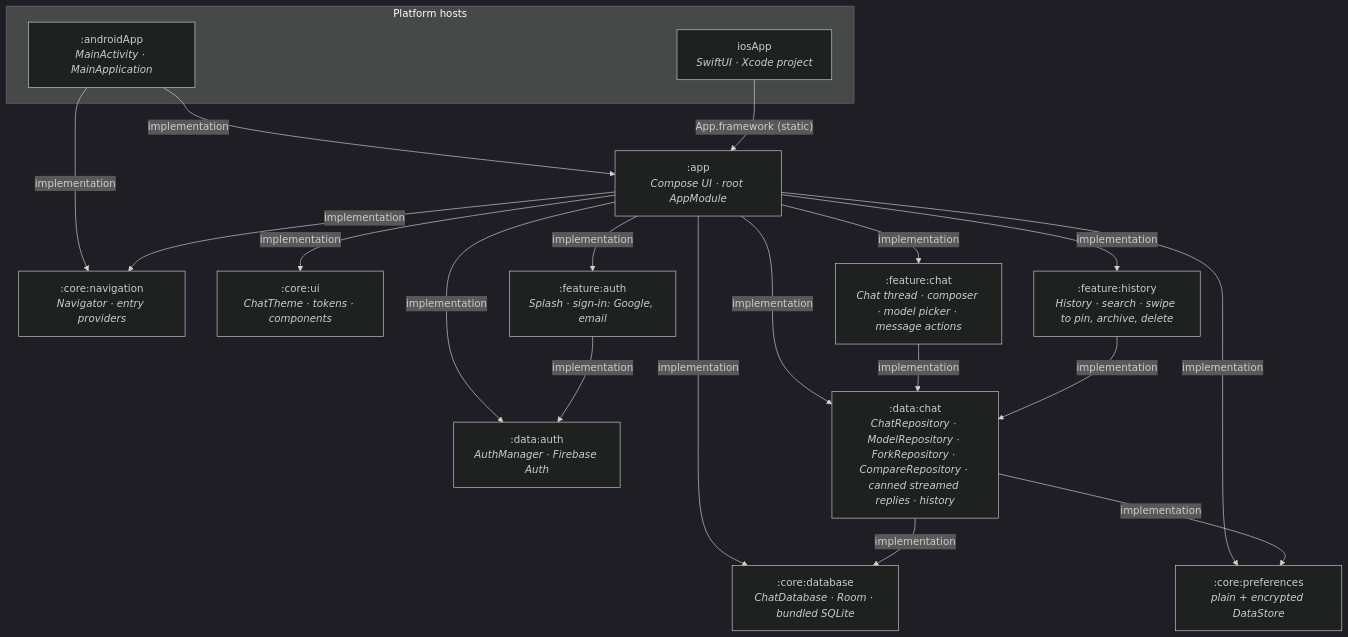
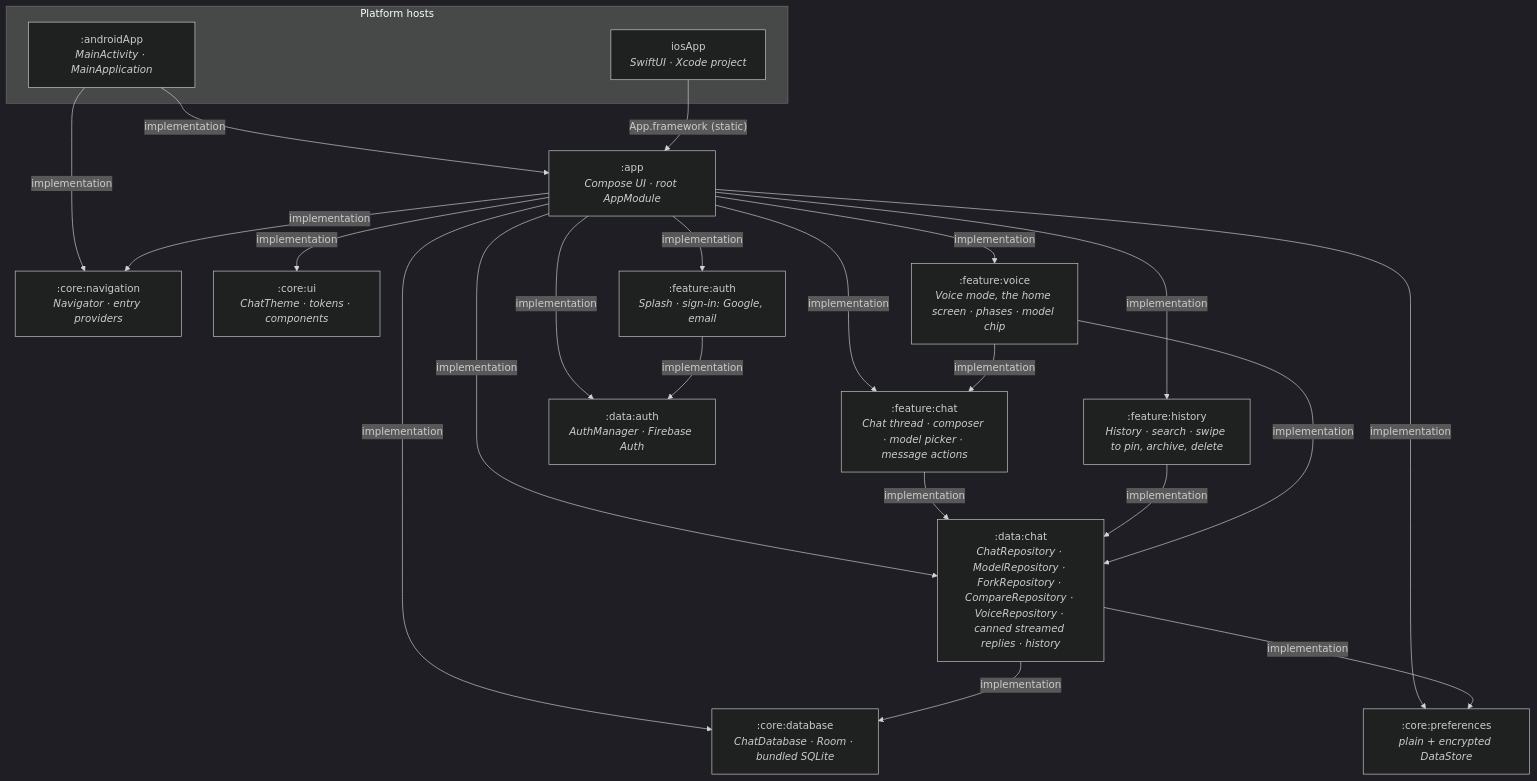
One commit to weslley-poatek/chat changed the diagram in README.md. Above: the diagram before and after it, drawn with Mermaid (dark theme). The commit also changed other lines of this file and 56 other files, not shown here.

Commit message:
✨ feat: Add voice mode as home in feature:voice, saved by data:chat.

````diff
--- a/README.md
+++ b/README.md
@@ -96,36 +100,40 @@
 ```mermaid
 flowchart TD
     subgraph hosts ["Platform hosts"]
         androidApp[":androidApp<br/><i>MainActivity · MainApplication</i>"]
         iosApp["iosApp<br/><i>SwiftUI · Xcode project</i>"]
     end
 
     app[":app<br/><i>Compose UI · root AppModule</i>"]
     db[":core:database<br/><i>ChatDatabase · Room · bundled SQLite</i>"]
     nav[":core:navigation<br/><i>Navigator · entry providers</i>"]
     prefs[":core:preferences<br/><i>plain + encrypted DataStore</i>"]
     ui[":core:ui<br/><i>ChatTheme · tokens · components</i>"]
     featureAuth[":feature:auth<br/><i>Splash · sign-in: Google, email</i>"]
     featureChat[":feature:chat<br/><i>Chat thread · composer · model picker · message actions</i>"]
     featureHistory[":feature:history<br/><i>History · search · swipe to pin, archive, delete</i>"]
+    featureVoice[":feature:voice<br/><i>Voice mode, the home screen · phases · model chip</i>"]
     dataAuth[":data:auth<br/><i>AuthManager · Firebase Auth</i>"]
-    dataChat[":data:chat<br/><i>ChatRepository · ModelRepository · ForkRepository · CompareRepository · canned streamed replies · history</i>"]
+    dataChat[":data:chat<br/><i>ChatRepository · ModelRepository · ForkRepository · CompareRepository · VoiceRepository · canned streamed replies · history</i>"]
 
     androidApp -- "implementation" --> app
     androidApp -- "implementation" --> nav
     iosApp -- "App.framework (static)" --> app
     app -- "implementation" --> db
     app -- "implementation" --> nav
     app -- "implementation" --> prefs
     app -- "implementation" --> ui
     app -- "implementation" --> featureAuth
     app -- "implementation" --> featureChat
     app -- "implementation" --> featureHistory
+    app -- "implementation" --> featureVoice
     app -- "implementation" --> dataAuth
     app -- "implementation" --> dataChat
     featureAuth -- "implementation" --> dataAuth
     featureChat -- "implementation" --> dataChat
     featureHistory -- "implementation" --> dataChat
+    featureVoice -- "implementation" --> dataChat
+    featureVoice -- "implementation" --> featureChat
     dataChat -- "implementation" --> db
     dataChat -- "implementation" --> prefs
 ```
````
